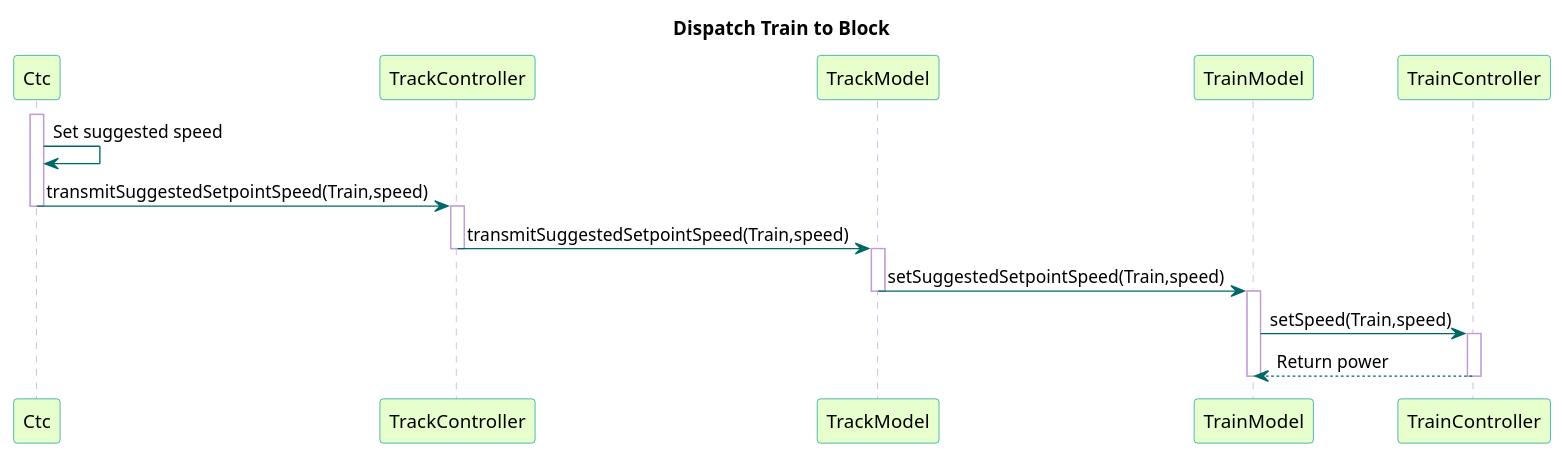
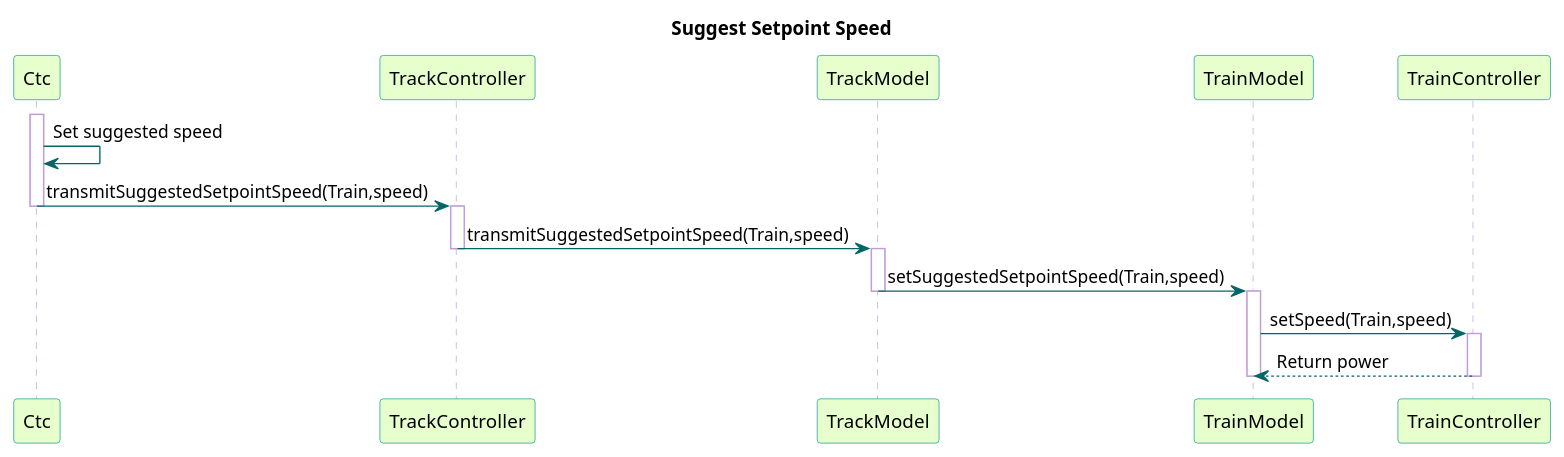
One commit to kevingilboy/COE1186 changed the diagram in TrainSystem/yUML/Sequence Diagrams/Overall/SuggestSetPointSpeed.pu. Above: the diagram before and after it, drawn with PlantUML. The commit also changed 3 other files, not shown here.

```diff
--- a/TrainSystem/yUML/Sequence Diagrams/Overall/SuggestSetPointSpeed.pu
+++ b/TrainSystem/yUML/Sequence Diagrams/Overall/SuggestSetPointSpeed.pu
@@ -1,41 +1,41 @@
 @startuml
 
-title Dispatch Train to Block
+title Suggest Setpoint Speed
 
 skinparam sequence {
   BackgroundColor transparent
   ParticipantBackgroundColor #e6ffcc
   ParticipantBorderColor 	#049595
   PackageBorderCOlor  #049595
   ArrowColor #006666
   LifeLineBorderColor #c09cd9
 }
 
 participant Ctc
 participant TrackController
 participant TrackModel
 participant TrainModel
 
 activate Ctc
 Ctc -> Ctc : Set suggested speed
 Ctc -> TrackController : transmitSuggestedSetpointSpeed(Train,speed)
 deactivate Ctc
 
 activate TrackController
 TrackController -> TrackModel : transmitSuggestedSetpointSpeed(Train,speed)
 deactivate TrackController
 
 activate TrackModel
 TrackModel -> TrainModel : setSuggestedSetpointSpeed(Train,speed)
 deactivate TrackModel
 
 activate TrainModel
 TrainModel -> TrainController : setSpeed(Train,speed)
 
 activate TrainController
 TrainController --> TrainModel : Return power
 deactivate TrainController
 
 deactivate TrainModel
 
 @enduml
```
